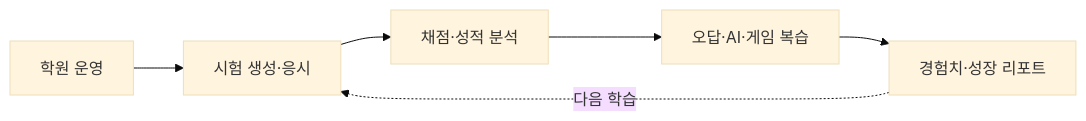
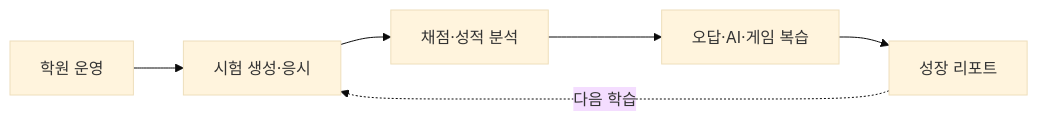
Before and after one commit to Seo-Yeon-Choi/EduPOP: the first of 2 diagrams in README.md, drawn with Mermaid (base theme). The commit also changed other lines of this file, not shown here.

```diff
--- a/README.md
+++ b/README.md
@@ -34,8 +114,8 @@
 ~~~mermaid
 flowchart LR
     A["학원 운영"] --> B["시험 생성·응시"]
     B --> C["채점·성적 분석"]
     C --> D["오답·AI·게임 복습"]
-    D --> E["경험치·성장 리포트"]
+    D --> E["성장 리포트"]
     E -. "다음 학습" .-> B
 ~~~
```
